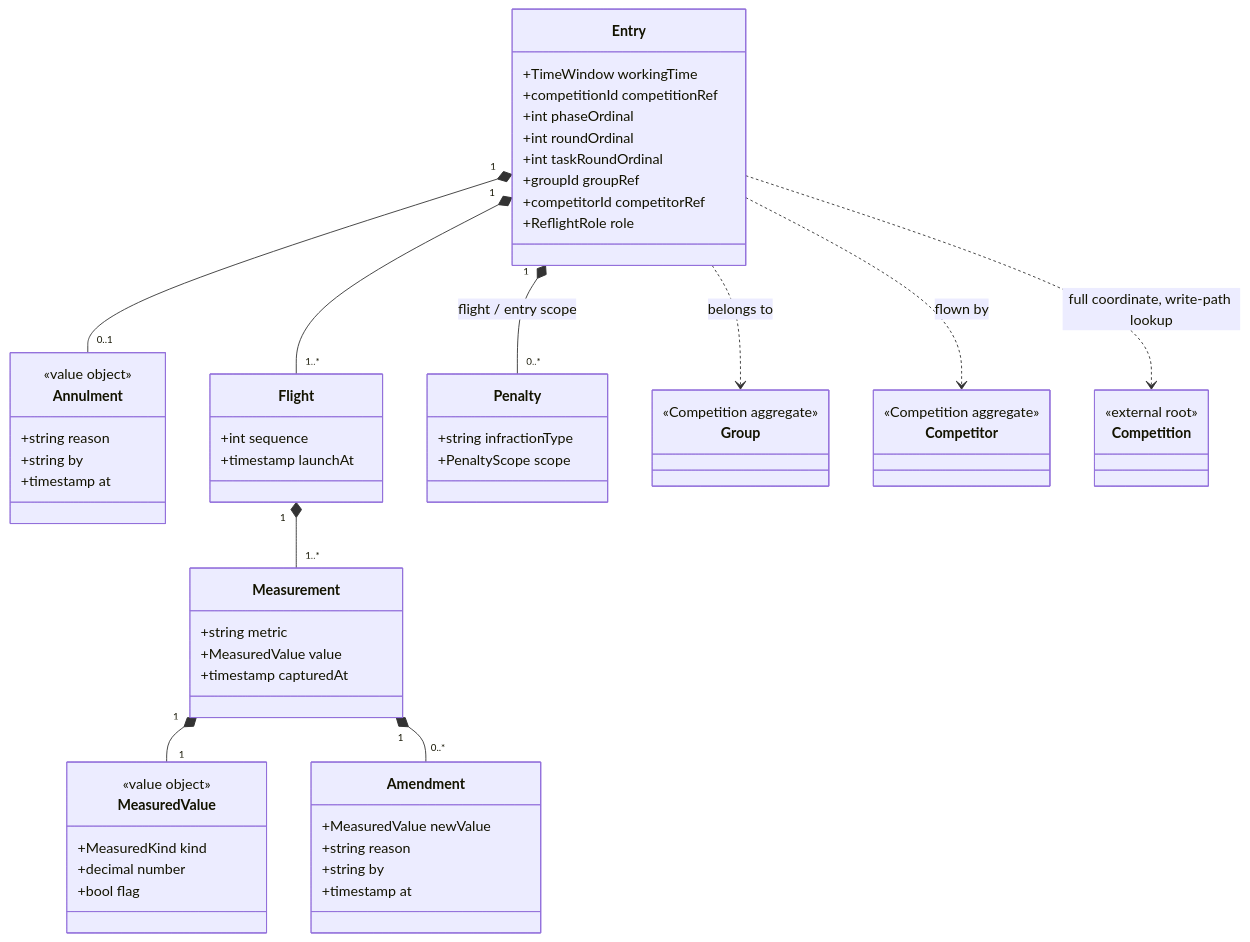
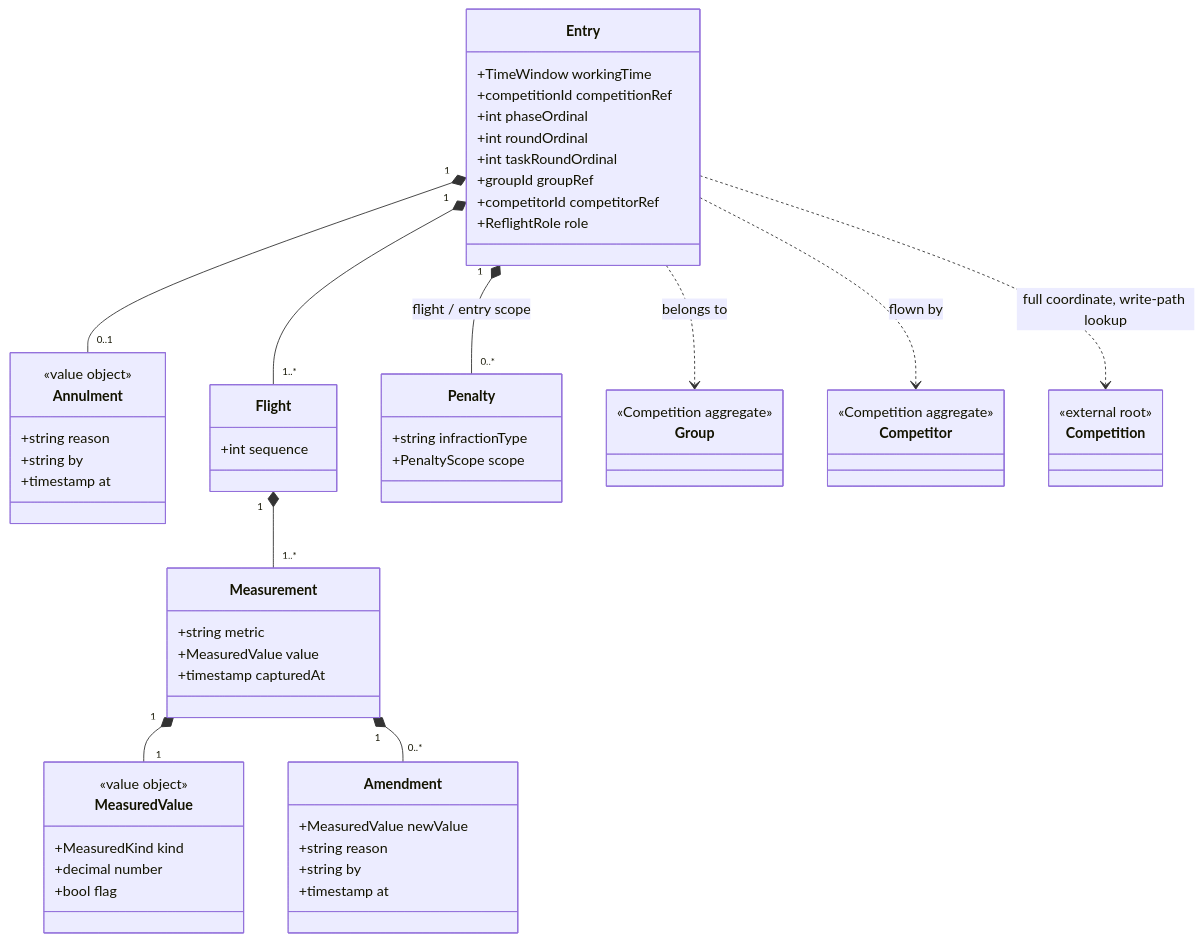
The fourth of 5 diagrams in docs/aggregate-roots.md (petegee/Soarscore2), drawn with Mermaid before and after one commit. The commit also changed 30 other files, not shown here.

````diff
--- a/docs/aggregate-roots.md
+++ b/docs/aggregate-roots.md
@@ -388,70 +388,69 @@
 ```mermaid
 classDiagram
     direction TB
     class Entry {
         +TimeWindow workingTime
         +competitionId competitionRef
         +int phaseOrdinal
         +int roundOrdinal
         +int taskRoundOrdinal
         +groupId groupRef
         +competitorId competitorRef
         +ReflightRole role
     }
     class Annulment {
         <<value object>>
         +string reason
         +string by
         +timestamp at
     }
     class Flight {
         +int sequence
-        +timestamp launchAt
     }
     class Measurement {
         +string metric
         +MeasuredValue value
         +timestamp capturedAt
     }
     class MeasuredValue {
         <<value object>>
         +MeasuredKind kind
         +decimal number
         +bool flag
     }
     class Amendment {
         +MeasuredValue newValue
         +string reason
         +string by
         +timestamp at
     }
     class Penalty {
         +string infractionType
         +PenaltyScope scope
     }
     class Group {
         <<Competition aggregate>>
     }
     class Competitor {
         <<Competition aggregate>>
     }
     class Competition {
         <<external root>>
     }
 
     Entry "1" *-- "0..1" Annulment
     Entry "1" *-- "1..*" Flight
     Flight "1" *-- "1..*" Measurement
     Measurement "1" *-- "1" MeasuredValue
     Measurement "1" *-- "0..*" Amendment
     Entry "1" *-- "0..*" Penalty : flight / entry scope
 
     Entry ..> Group : belongs to
     Entry ..> Competitor : flown by
     Entry ..> Competition : full coordinate, write-path lookup
 
     classDef root fill:#FFE873,stroke:#E5B700,stroke-width:2px,color:#1A1A1A
     classDef external fill:#EEEEEE,stroke:#BDBDBD,stroke-width:1px,color:#555
     cssClass "Entry" root
     cssClass "Group,Competitor,Competition" external
 ```
````
